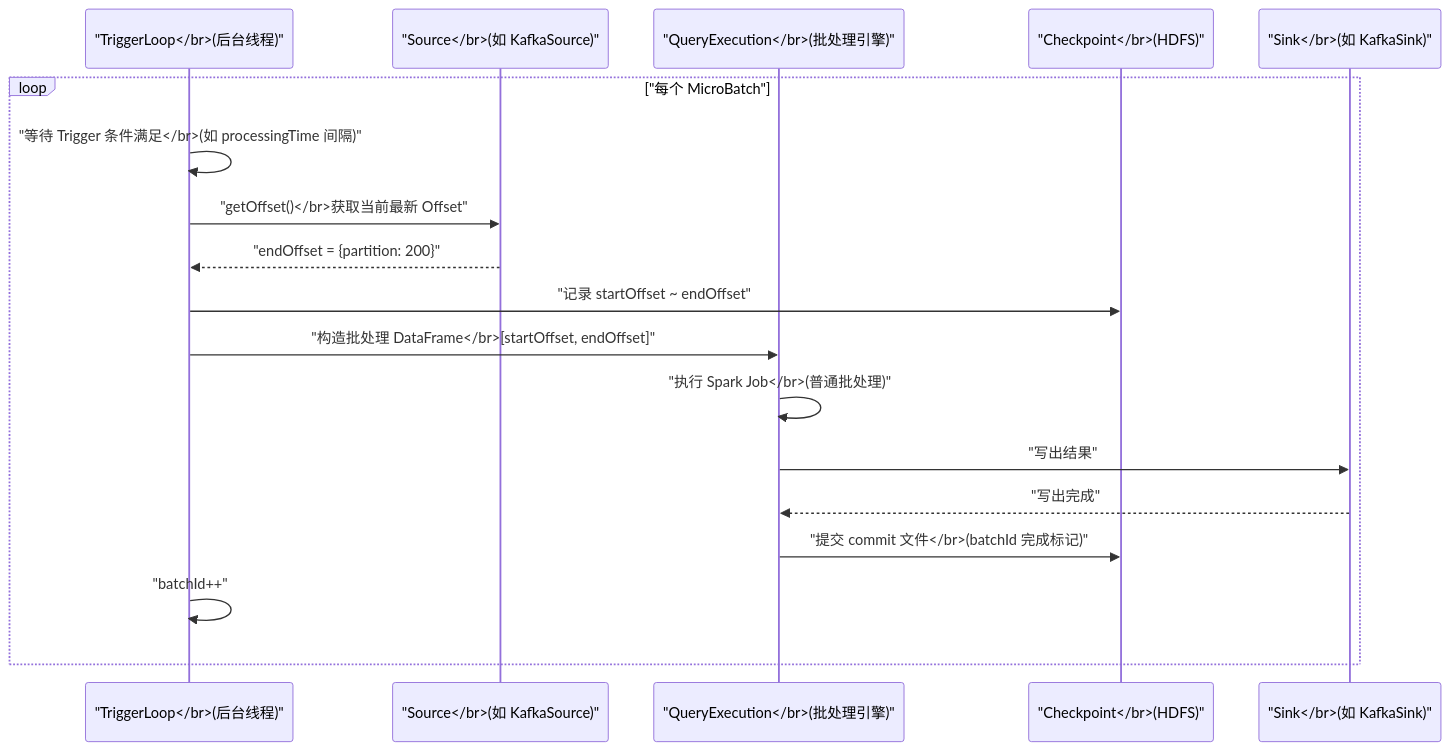
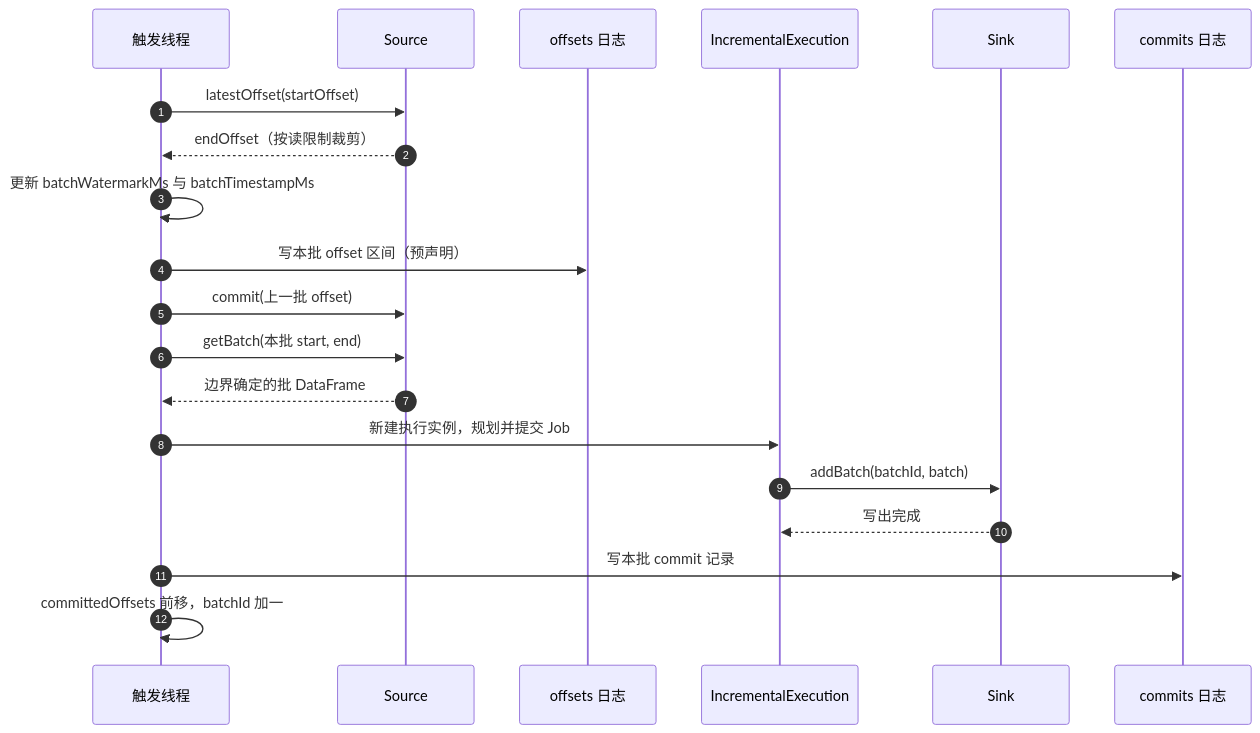
The second of 5 diagrams in content/大数据/Spark/Spark-Structured-Streaming流处理深度解析/01 微批执行模型：MicroBatch 与 Continuous Processing 的本质差异.md (hpliStartAgain/my-brain), drawn with Mermaid before and after one commit. The commit also changed other lines of this file and 259 other files, not shown here.

````diff
--- a/content/大数据/Spark/Spark-Structured-Streaming流处理深度解析/01 微批执行模型：MicroBatch 与 Continuous Processing 的本质差异.md
+++ b/content/大数据/Spark/Spark-Structured-Streaming流处理深度解析/01 微批执行模型：MicroBatch 与 Continuous Processing 的本质差异.md
@@ -103,22 +117,23 @@
 ```mermaid
-%%{init: {"theme": "dracula", "themeVariables": {"primaryColor": "#6272a4", "primaryTextColor": "#f8f8f2", "primaryBorderColor": "#bd93f9", "lineColor": "#ff79c6", "secondaryColor": "#44475a", "tertiaryColor": "#282a36"}}}%%
+%%{init: {'theme': 'dracula'}}%%
 sequenceDiagram
-    participant TL as "TriggerLoop</br>(后台线程)"
-    participant SOURCE as "Source</br>(如 KafkaSource)"
-    participant PLAN as "QueryExecution</br>(批处理引擎)"
-    participant CKPT as "Checkpoint</br>(HDFS)"
-    participant SINK as "Sink</br>(如 KafkaSink)"
-
-    loop "每个 MicroBatch"
-        TL ->> TL: "等待 Trigger 条件满足</br>(如 processingTime 间隔)"
-        TL ->> SOURCE: "getOffset()</br>获取当前最新 Offset"
-        SOURCE -->> TL: "endOffset = {partition: 200}"
-        TL ->> CKPT: "记录 startOffset ~ endOffset"
-        TL ->> PLAN: "构造批处理 DataFrame</br>[startOffset, endOffset]"
-        PLAN ->> PLAN: "执行 Spark Job</br>(普通批处理)"
-        PLAN ->> SINK: "写出结果"
-        SINK -->> PLAN: "写出完成"
-        PLAN ->> CKPT: "提交 commit 文件</br>(batchId 完成标记)"
-        TL ->> TL: "batchId++"
-    end
+    autonumber
+    participant TL as 触发线程
+    participant SRC as Source
+    participant WAL as offsets 日志
+    participant EX as IncrementalExecution
+    participant SINK as Sink
+    participant CL as commits 日志
+    TL->>SRC: latestOffset(startOffset)
+    SRC-->>TL: endOffset（按读限制裁剪）
+    TL->>TL: 更新 batchWatermarkMs 与 batchTimestampMs
+    TL->>WAL: 写本批 offset 区间（预声明）
+    TL->>SRC: commit(上一批 offset)
+    TL->>SRC: getBatch(本批 start, end)
+    SRC-->>TL: 边界确定的批 DataFrame
+    TL->>EX: 新建执行实例，规划并提交 Job
+    EX->>SINK: addBatch(batchId, batch)
+    SINK-->>EX: 写出完成
+    TL->>CL: 写本批 commit 记录
+    TL->>TL: committedOffsets 前移，batchId 加一
 ```
````
